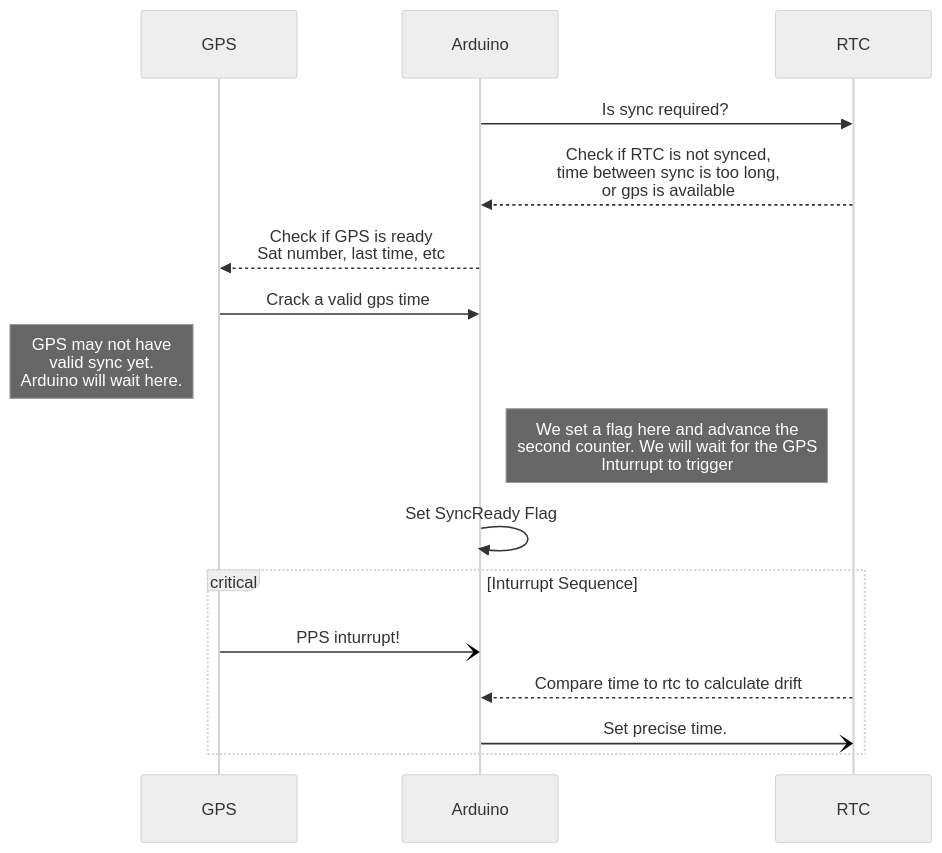
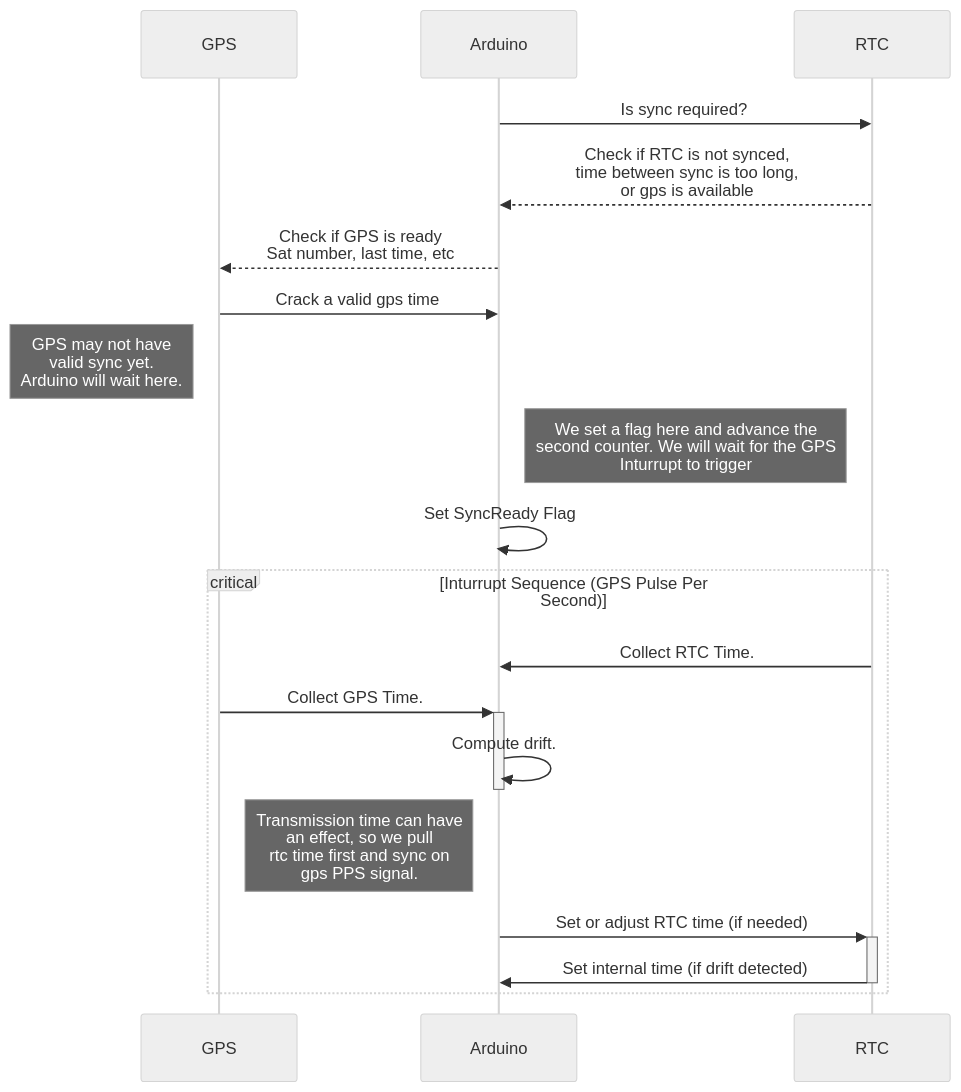
The diagram in docs/usage/getting-started.rst (ac1ja/gc-1000-gps), drawn with Mermaid (neutral theme) before and after one commit. The commit also changed other lines of this file and 1 other file, not shown here.

```diff
--- a/docs/usage/getting-started.rst
+++ b/docs/usage/getting-started.rst
@@ -26,20 +26,24 @@
 .. mermaid::
 
    sequenceDiagram
       participant GPS
       participant Arduino
       participant RTC
 
       Arduino->>RTC: Is sync required?
       RTC-->>Arduino: Check if RTC is not synced,<br/>time between sync is too long,<br/>or gps is available
       
       Arduino-->>GPS: Check if GPS is ready<br/>Sat number, last time, etc
       GPS->>Arduino: Crack a valid gps time
       Note left of GPS: GPS may not have<br/>valid sync yet.<br/>Arduino will wait here.
       Note right of Arduino: We set a flag here and advance the<br/>second counter. We will wait for the GPS<br/>Inturrupt to trigger
       Arduino->>Arduino: Set SyncReady Flag
-      critical Inturrupt Sequence
-        GPS-)Arduino: PPS inturrupt!
-        RTC-->>Arduino: Compare time to rtc to calculate drift
-        Arduino-)RTC: Set precise time.
+
+      critical Inturrupt Sequence (GPS Pulse Per Second)
+        RTC->>Arduino: Collect RTC Time.
+        GPS->>+Arduino: Collect GPS Time.
+        Arduino->>-Arduino: Compute drift.
+        Note left of Arduino: Transmission time can have<br/>an effect, so we pull<br/>rtc time first and sync on<br/>gps PPS signal.
+        Arduino->>+RTC: Set or adjust RTC time (if needed)
+        RTC->>-Arduino: Set internal time (if drift detected)
       end
```
